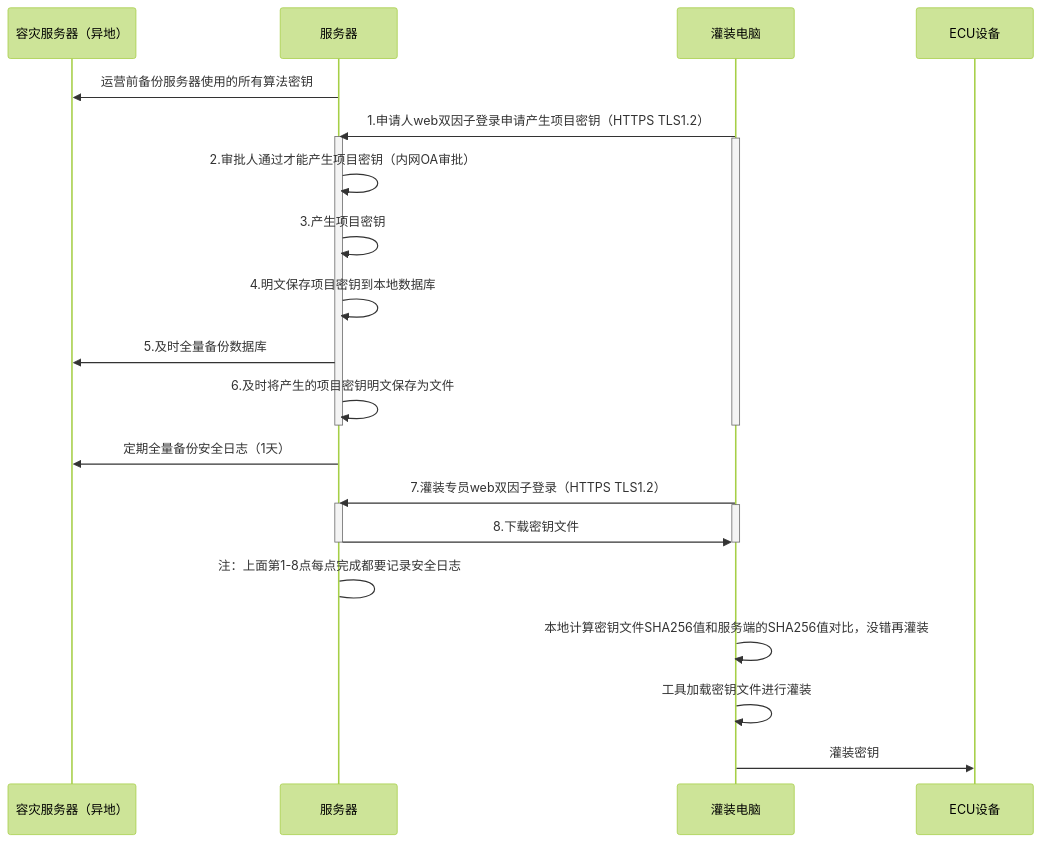
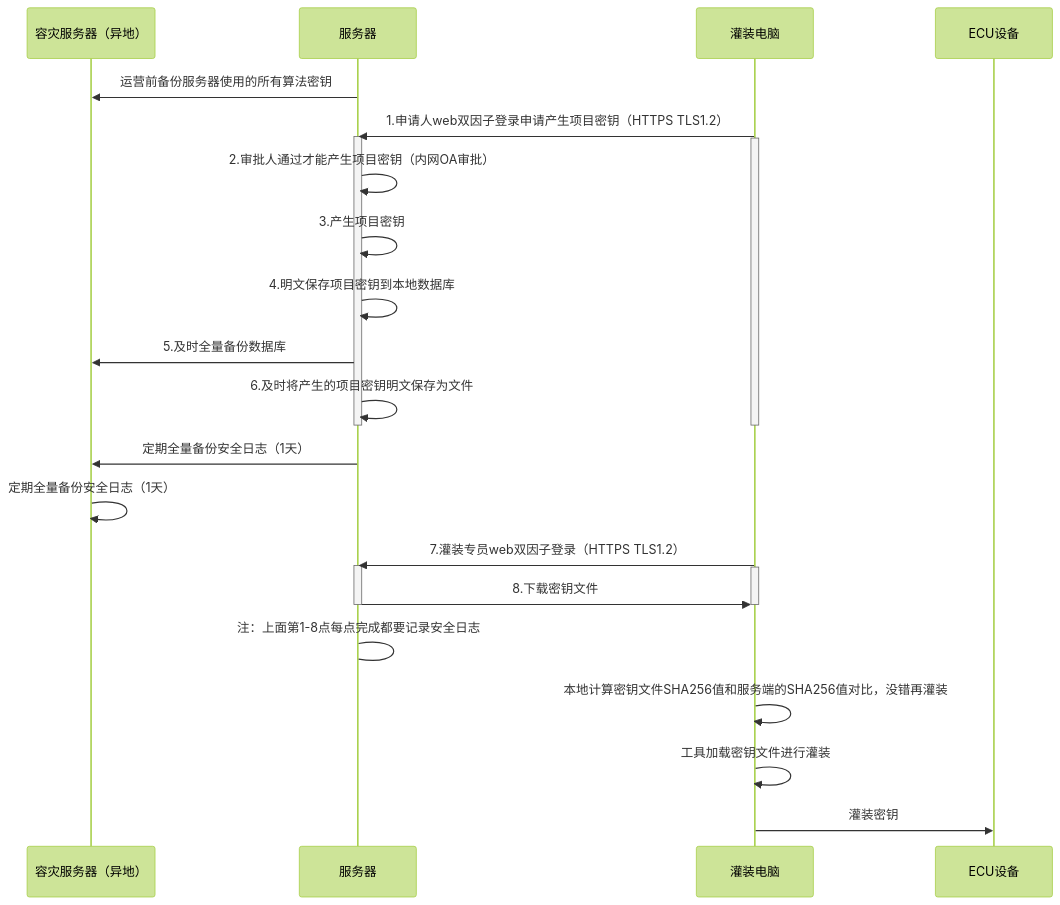
The diagram in all/未命名-18.md (facebook-cloud/iodraw-files), drawn with Mermaid (forest theme) before and after one commit.

Commit message:
2026-03-16 16:52:02 update

````diff
--- a/all/未命名-18.md
+++ b/all/未命名-18.md
@@ -1,35 +1,35 @@
 ```mermaid
 sequenceDiagram
     participant A as 容灾服务器（异地）
     participant B as 服务器
     participant D as 灌装电脑
     participant E as ECU设备
 
     B->>A: 运营前备份服务器使用的所有算法密钥
     D->>B: 1.申请人web双因子登录申请产生项目密钥（HTTPS TLS1.2）
     activate B
     activate D
     B->>B: 2.审批人通过才能产生项目密钥（内网OA审批）
     B->>B: 3.产生项目密钥
     B->>B: 4.明文保存项目密钥到本地数据库
     B->>A: 5.及时全量备份数据库
     B->>B: 6.及时将产生的项目密钥明文保存为文件
     deactivate B
     deactivate D
 
     B->>A: 定期全量备份安全日志（1天）
-    
+    A->>A: 定期全量备份安全日志（1天）
     
     D->>B: 7.灌装专员web双因子登录（HTTPS TLS1.2）
     activate B
     activate D
     B->>D: 8.下载密钥文件
     deactivate B
     deactivate D
     B->B: 注：上面第1-8点每点完成都要记录安全日志
 
     D->>D:本地计算密钥文件SHA256值和服务端的SHA256值对比，没错再灌装
     D->>D:工具加载密钥文件进行灌装
     
     D->>E: 灌装密钥
 ```
````
